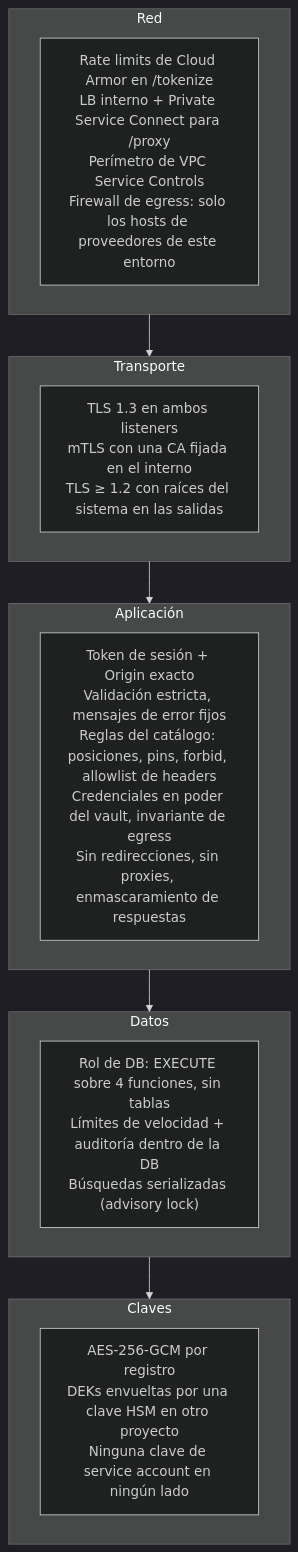
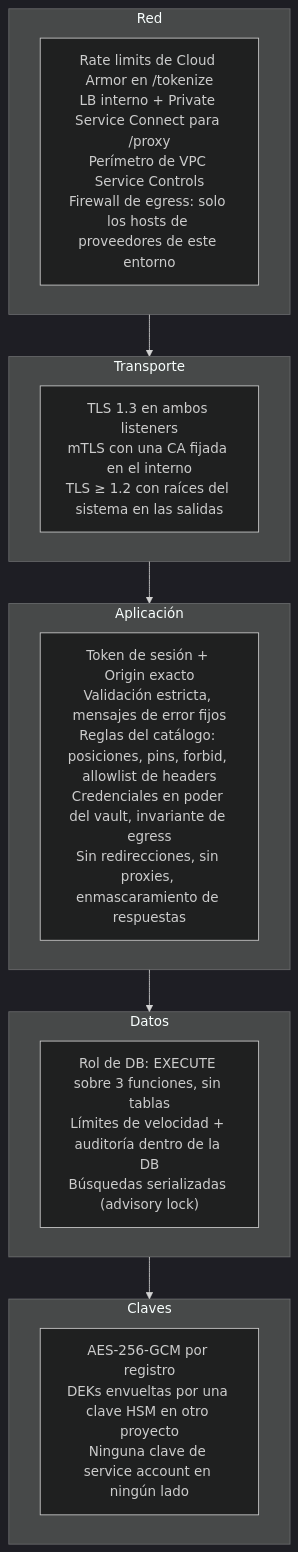
Before and after one commit to camcima/tokenizer: the eighth of 11 diagrams in README.es.md, drawn with Mermaid (dark theme). The commit also changed other lines of this file and 12 other files, not shown here.

````diff
--- a/README.es.md
+++ b/README.es.md
@@ -448,19 +451,19 @@
 ```mermaid
 flowchart TB
     subgraph L1["Red"]
         N1["Rate limits de Cloud Armor en /tokenize<br/>LB interno + Private Service Connect para /proxy<br/>Perímetro de VPC Service Controls<br/>Firewall de egress: solo los hosts de proveedores de este entorno"]
     end
     subgraph L2["Transporte"]
         T1["TLS 1.3 en ambos listeners<br/>mTLS con una CA fijada en el interno<br/>TLS ≥ 1.2 con raíces del sistema en las salidas"]
     end
     subgraph L3["Aplicación"]
         A1["Token de sesión + Origin exacto<br/>Validación estricta, mensajes de error fijos<br/>Reglas del catálogo: posiciones, pins, forbid, allowlist de headers<br/>Credenciales en poder del vault, invariante de egress<br/>Sin redirecciones, sin proxies, enmascaramiento de respuestas"]
     end
     subgraph L4["Datos"]
-        D1["Rol de DB: EXECUTE sobre 4 funciones, sin tablas<br/>Límites de velocidad + auditoría dentro de la DB<br/>Búsquedas serializadas (advisory lock)"]
+        D1["Rol de DB: EXECUTE sobre 3 funciones, sin tablas<br/>Límites de velocidad + auditoría dentro de la DB<br/>Búsquedas serializadas (advisory lock)"]
     end
     subgraph L5["Claves"]
         K1["AES-256-GCM por registro<br/>DEKs envueltas por una clave HSM en otro proyecto<br/>Ninguna clave de service account en ningún lado"]
     end
     L1 --> L2 --> L3 --> L4 --> L5
 ```
````
